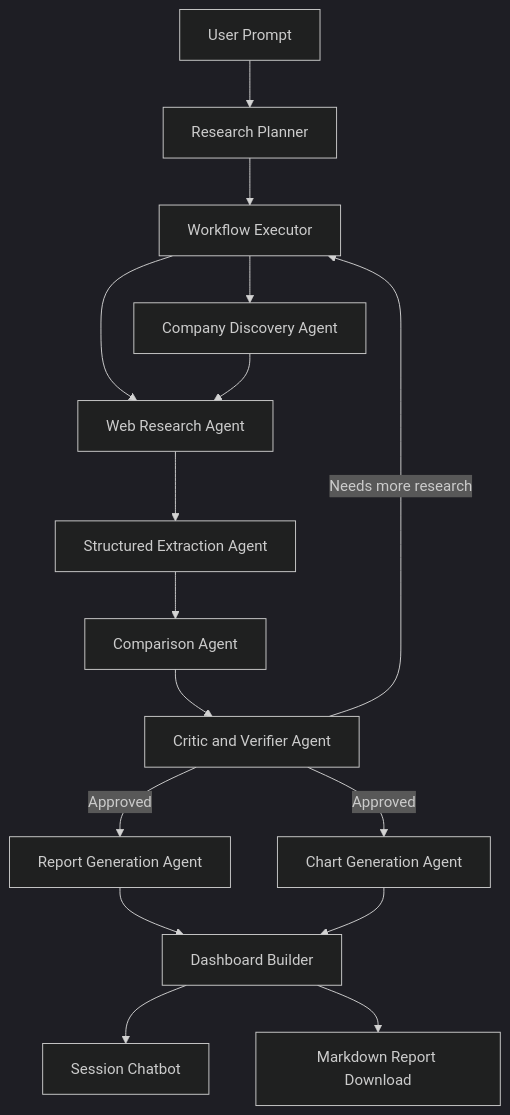
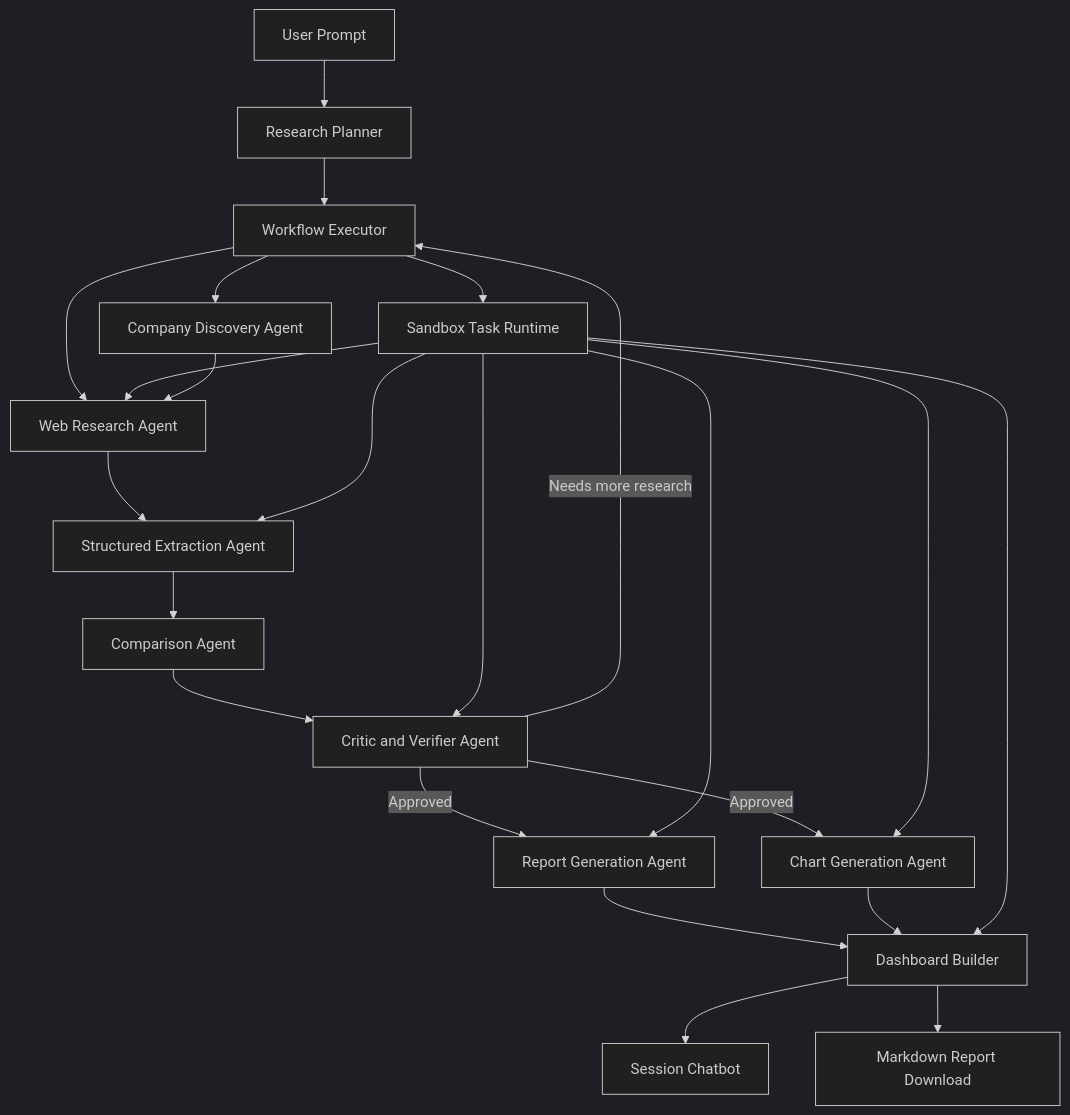
One commit to risabsank/market-mapper changed the diagram in scope.md. Above: the diagram before and after it, drawn with Mermaid (dark theme). The commit also changed other lines of this file and 63 other files, not shown here.

Commit message:
Scaffold Market Mapper architecture from scope and add implementation plan

````diff
--- a/scope.md
+++ b/scope.md
@@ -71,18 +74,25 @@
 ```mermaid
 flowchart TD
     A[User Prompt] --> B[Research Planner]
     B --> C[Workflow Executor]
+    C --> S[Sandbox Task Runtime]
     C --> D[Company Discovery Agent]
     C --> E[Web Research Agent]
+    S --> E
     D --> E
     E --> F[Structured Extraction Agent]
+    S --> F
     F --> G[Comparison Agent]
     G --> H[Critic and Verifier Agent]
+    S --> H
     H -->|Needs more research| C
     H -->|Approved| I[Report Generation Agent]
     H -->|Approved| J[Chart Generation Agent]
+    S --> I
+    S --> J
     I --> K[Dashboard Builder]
     J --> K
+    S --> K
     K --> L[Session Chatbot]
     K --> M[Markdown Report Download]
 ```
````
